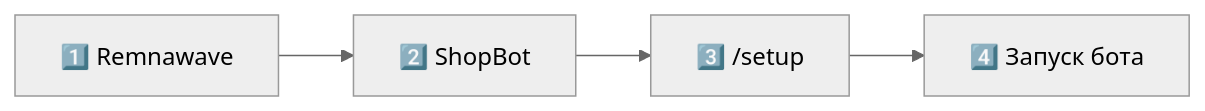
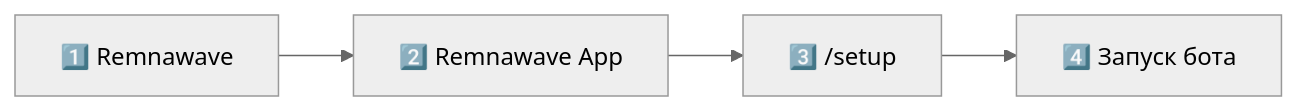
One commit to kissesses/remnawave-app-new changed the diagram in docs/INSTALL.md. Above: the diagram before and after it, drawn with Mermaid (neutral theme). The commit also changed other lines of this file and 43 other files, not shown here.

````diff
--- a/docs/INSTALL.md
+++ b/docs/INSTALL.md
@@ -212,6 +212,6 @@
 ```mermaid
 flowchart LR
-    A["1️⃣ Remnawave"] --> B["2️⃣ ShopBot"]
+    A["1️⃣ Remnawave"] --> B["2️⃣ Remnawave App"]
     B --> C["3️⃣ /setup"]
     C --> D["4️⃣ Запуск бота"]
 ```
````
